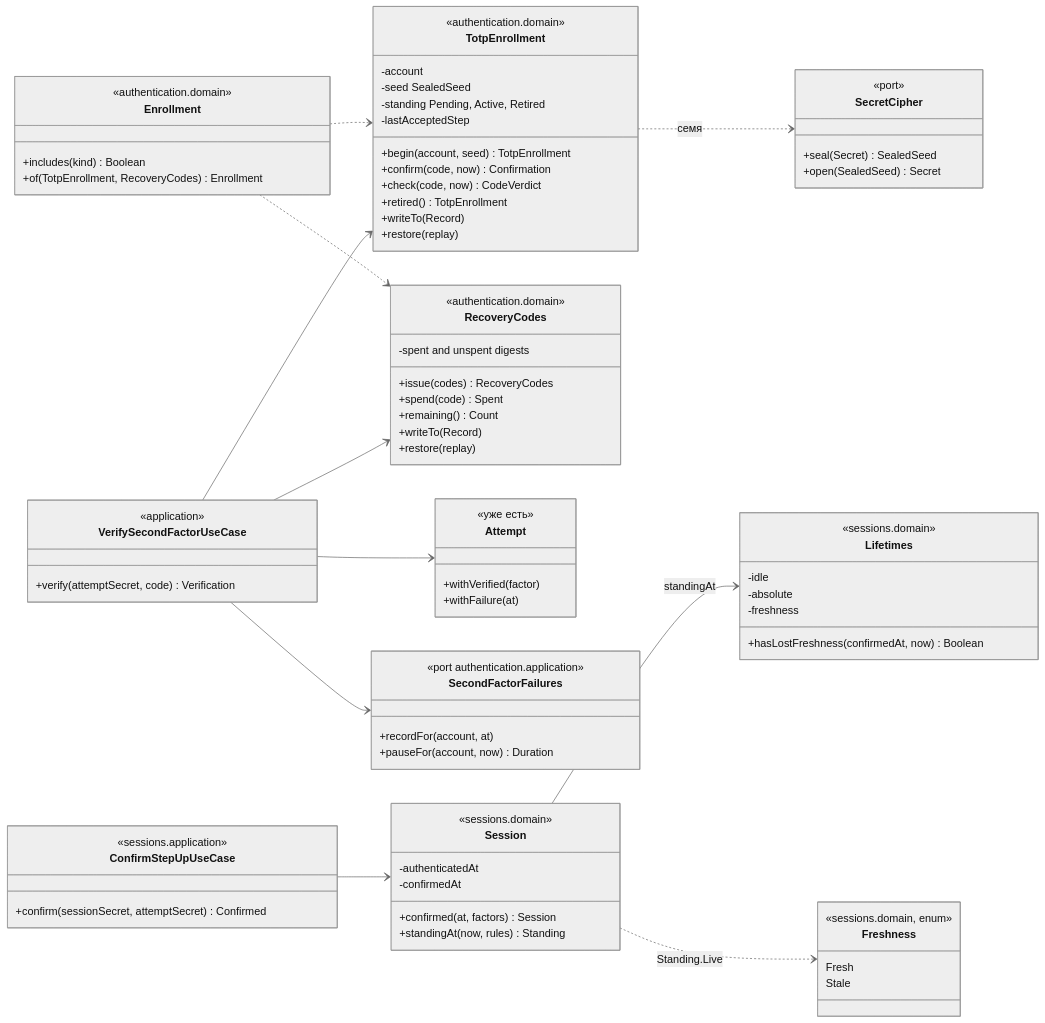
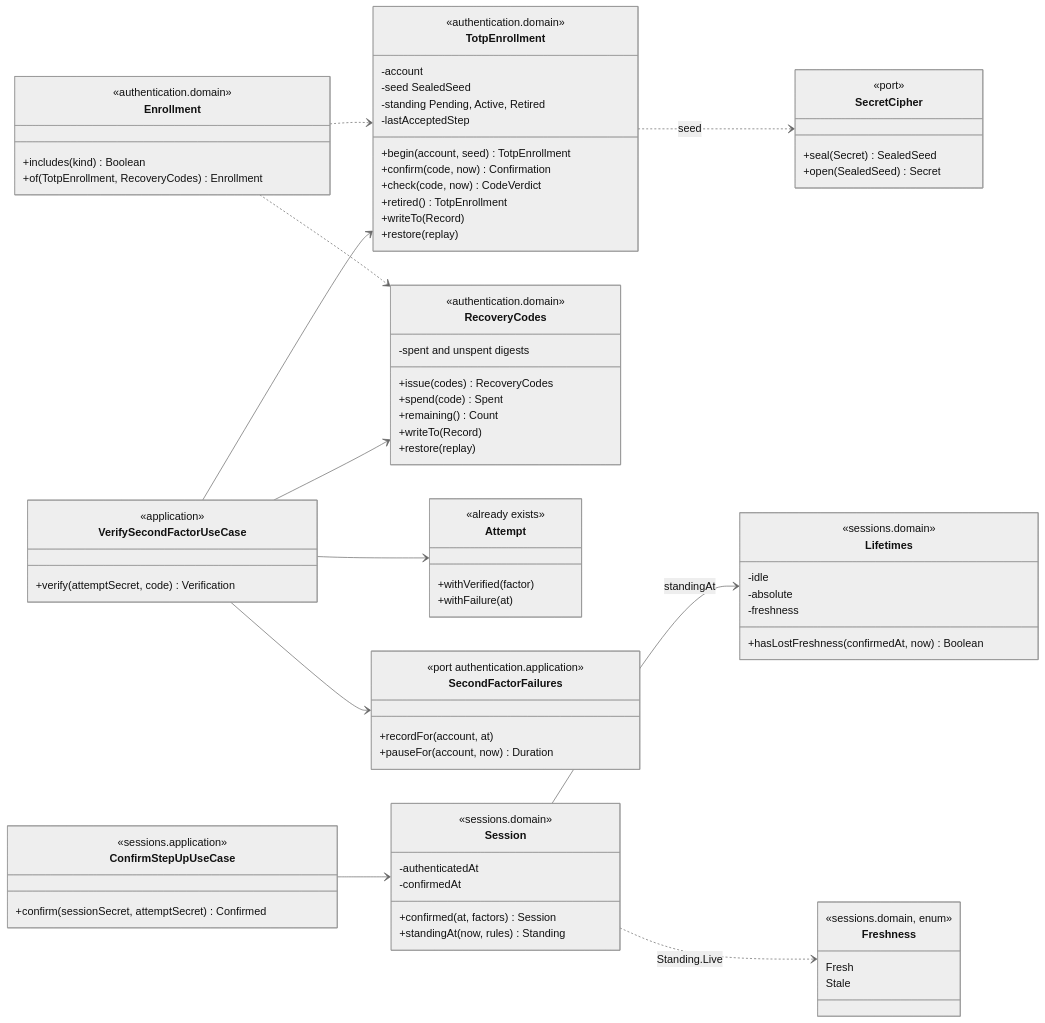
One commit to yuriisurzhykov/Tallyvane changed the fifth of 5 diagrams in docs/backend/02-authentication-slice-5.md. Above: the diagram before and after it, drawn with Mermaid (neutral theme). The commit also changed other lines of this file, not shown here.

```diff
--- a/docs/backend/02-authentication-slice-5.md
+++ b/docs/backend/02-authentication-slice-5.md
@@ -208,7 +208,7 @@
         +of(TotpEnrollment, RecoveryCodes) Enrollment
     }
     class Attempt {
-        <<уже есть>>
+        <<already exists>>
         +withVerified(factor)
         +withFailure(at)
     }
@@ -253,7 +253,7 @@
     VerifySecondFactorUseCase --> TotpEnrollment
     VerifySecondFactorUseCase --> RecoveryCodes
     VerifySecondFactorUseCase --> SecondFactorFailures
-    TotpEnrollment ..> SecretCipher : семя
+    TotpEnrollment ..> SecretCipher : seed
     Enrollment ..> TotpEnrollment
     Enrollment ..> RecoveryCodes
     ConfirmStepUpUseCase --> Session
```
